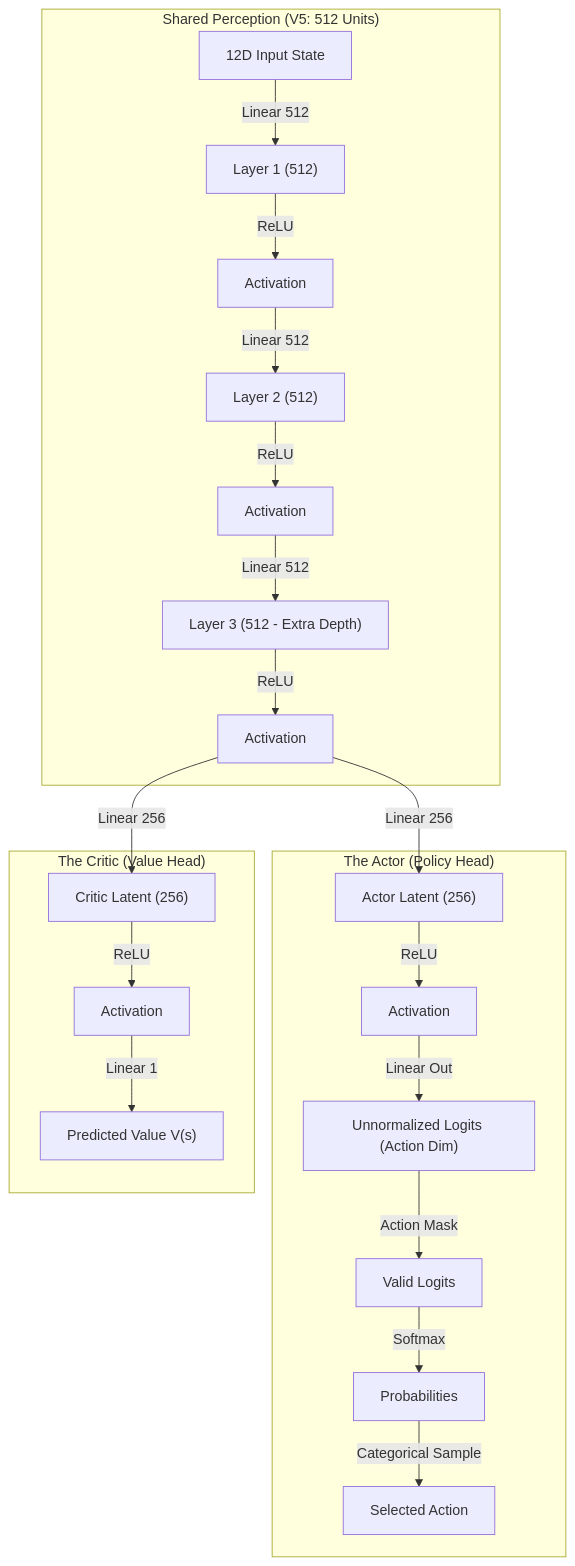
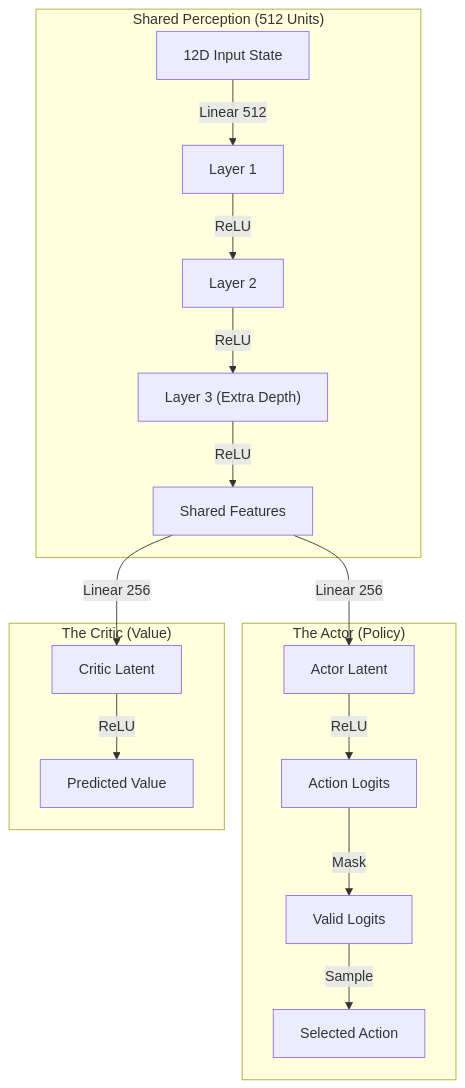
Before and after one commit to didi-09/AI_DRIVEN_SOAR: the fifth of 6 diagrams in README.md, drawn with Mermaid. The commit also changed other lines of this file, not shown here.

````diff
--- a/README.md
+++ b/README.md
@@ -189,28 +188,23 @@
 ```mermaid
 graph TD
     State["12D Input State"]
 
-    subgraph "Shared Perception (V5: 512 Units)"
-        State -->|Linear 512| L1["Layer 1 (512)"]
-        L1 -->|ReLU| A1["Activation"]
-        A1 -->|Linear 512| L2["Layer 2 (512)"]
-        L2 -->|ReLU| A2["Activation"]
-        A2 -->|Linear 512| L3["Layer 3 (512 - Extra Depth)"]
-        L3 -->|ReLU| A3["Activation"]
+    subgraph "Shared Perception (512 Units)"
+        State -->|Linear 512| L1["Layer 1"]
+        L1 -->|ReLU| L2["Layer 2"]
+        L2 -->|ReLU| L3["Layer 3 (Extra Depth)"]
+        L3 -->|ReLU| SharedOut["Shared Features"]
     end
 
-    subgraph "The Actor (Policy Head)"
-        A3 -->|Linear 256| LA["Actor Latent (256)"]
-        LA -->|ReLU| AA["Activation"]
-        AA -->|Linear Out| Logits["Unnormalized Logits (Action Dim)"]
-        Logits -->|Action Mask| Masked["Valid Logits"]
-        Masked -->|Softmax| Prob["Probabilities"]
-        Prob -->|Categorical Sample| Action["Selected Action"]
+    subgraph "The Actor (Policy)"
+        SharedOut -->|Linear 256| LA["Actor Latent"]
+        LA -->|ReLU| Logits["Action Logits"]
+        Logits -->|Mask| Masked["Valid Logits"]
+        Masked -->|Sample| Action["Selected Action"]
     end
 
-    subgraph "The Critic (Value Head)"
-        A3 -->|Linear 256| LC["Critic Latent (256)"]
-        LC -->|ReLU| AC["Activation"]
-        AC -->|Linear 1| Value["Predicted Value V(s)"]
+    subgraph "The Critic (Value)"
+        SharedOut -->|Linear 256| LC["Critic Latent"]
+        LC -->|ReLU| Value["Predicted Value"]
     end
 ```
````
